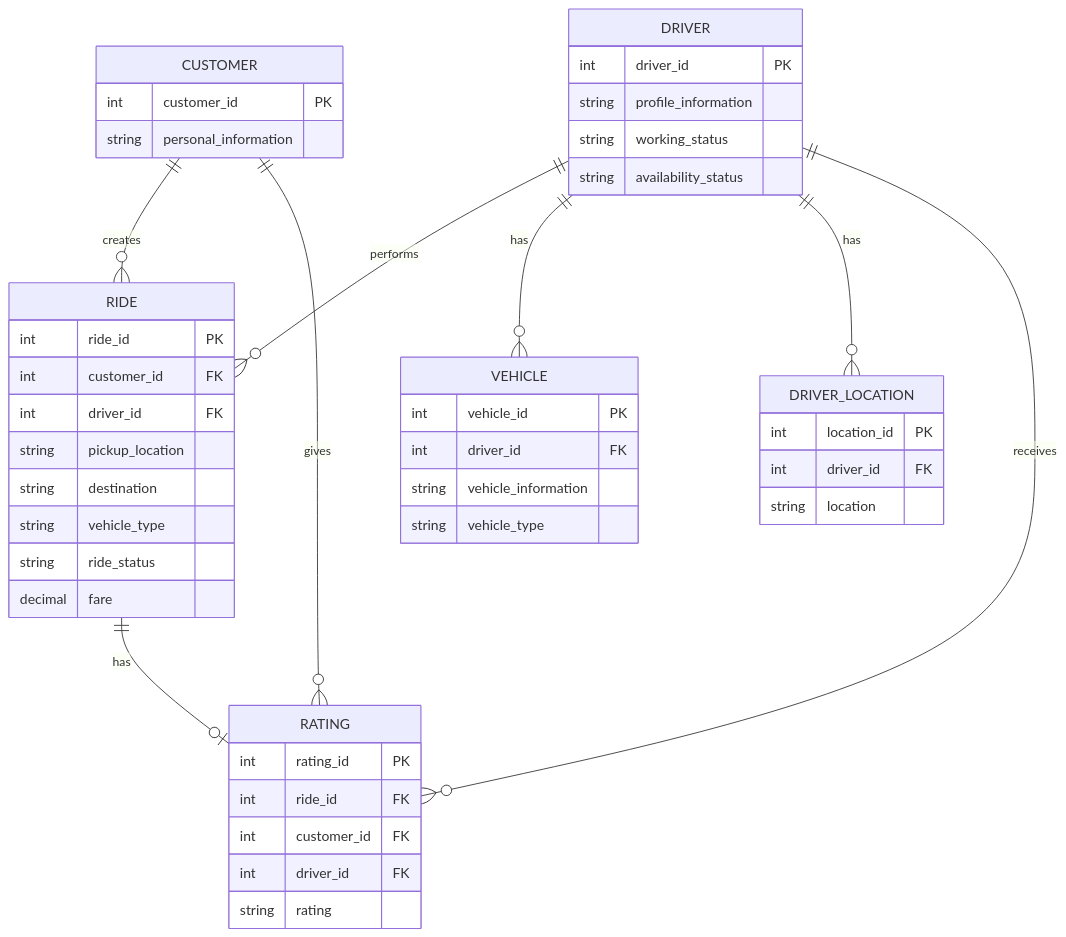
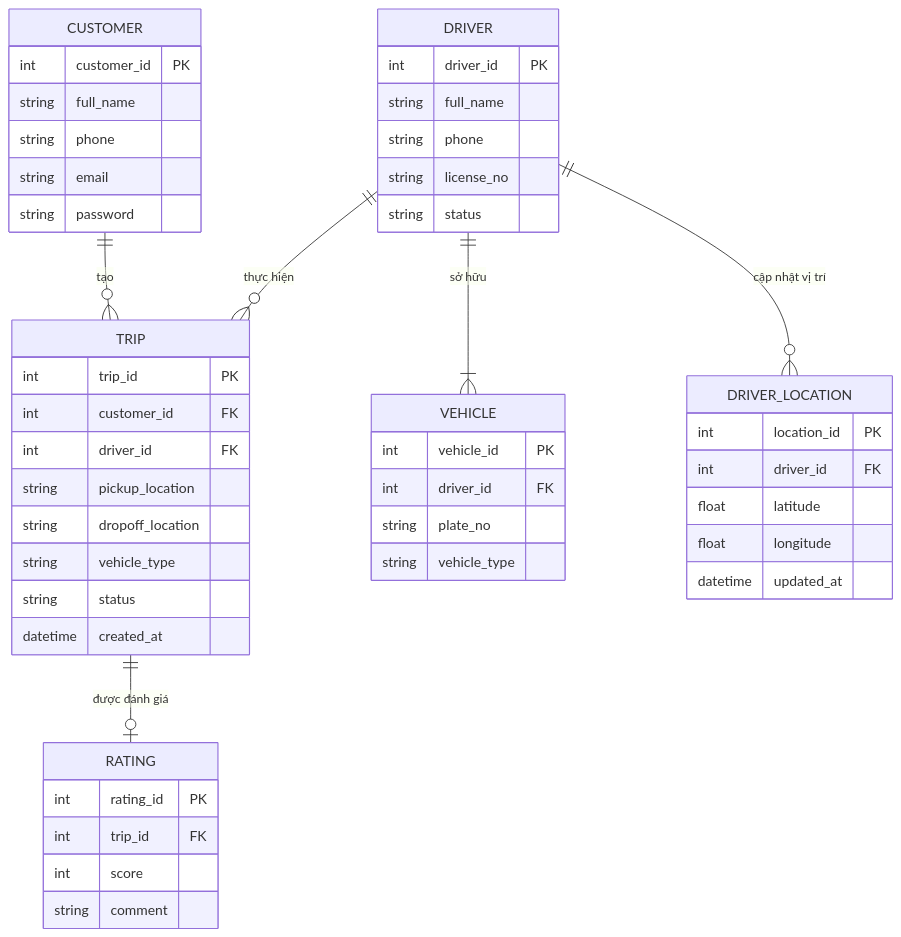
Diagram 11 of 12 in srs.md (ngoclinh090608-wq/23707801_Nguyen-Thi-Ngoc-Linh_CABSYSTEM), drawn with Mermaid before and after one commit. The commit also changed other lines of this file, not shown here.

````diff
--- a/srs.md
+++ b/srs.md
@@ -482,55 +263,52 @@
 ```mermaid
 erDiagram
+    CUSTOMER ||--o{ TRIP : "tạo"
+    DRIVER ||--o{ TRIP : "thực hiện"
+    DRIVER ||--|{ VEHICLE : "sở hữu"
+    TRIP ||--o| RATING : "được đánh giá"
+    DRIVER ||--o{ DRIVER_LOCATION : "cập nhật vị trí"
 
     CUSTOMER {
         int customer_id PK
-        string personal_information
+        string full_name
+        string phone
+        string email
+        string password
     }
-
     DRIVER {
         int driver_id PK
-        string profile_information
-        string working_status
-        string availability_status
+        string full_name
+        string phone
+        string license_no
+        string status
     }
-
     VEHICLE {
         int vehicle_id PK
         int driver_id FK
-        string vehicle_information
+        string plate_no
         string vehicle_type
     }
-
-    RIDE {
-        int ride_id PK
+    TRIP {
+        int trip_id PK
         int customer_id FK
         int driver_id FK
         string pickup_location
-        string destination
+        string dropoff_location
         string vehicle_type
-        string ride_status
-        decimal fare
+        string status
+        datetime created_at
     }
-
+    RATING {
+        int rating_id PK
+        int trip_id FK
+        int score
+        string comment
+    }
     DRIVER_LOCATION {
         int location_id PK
         int driver_id FK
-        string location
+        float latitude
+        float longitude
+        datetime updated_at
     }
-
-    RATING {
-        int rating_id PK
-        int ride_id FK
-        int customer_id FK
-        int driver_id FK
-        string rating
-    }
-
-    CUSTOMER ||--o{ RIDE : creates
-    DRIVER ||--o{ RIDE : performs
-    DRIVER ||--o{ VEHICLE : has
-    DRIVER ||--o{ DRIVER_LOCATION : has
-    RIDE ||--o| RATING : has
-    CUSTOMER ||--o{ RATING : gives
-    DRIVER ||--o{ RATING : receives
 ```
````
